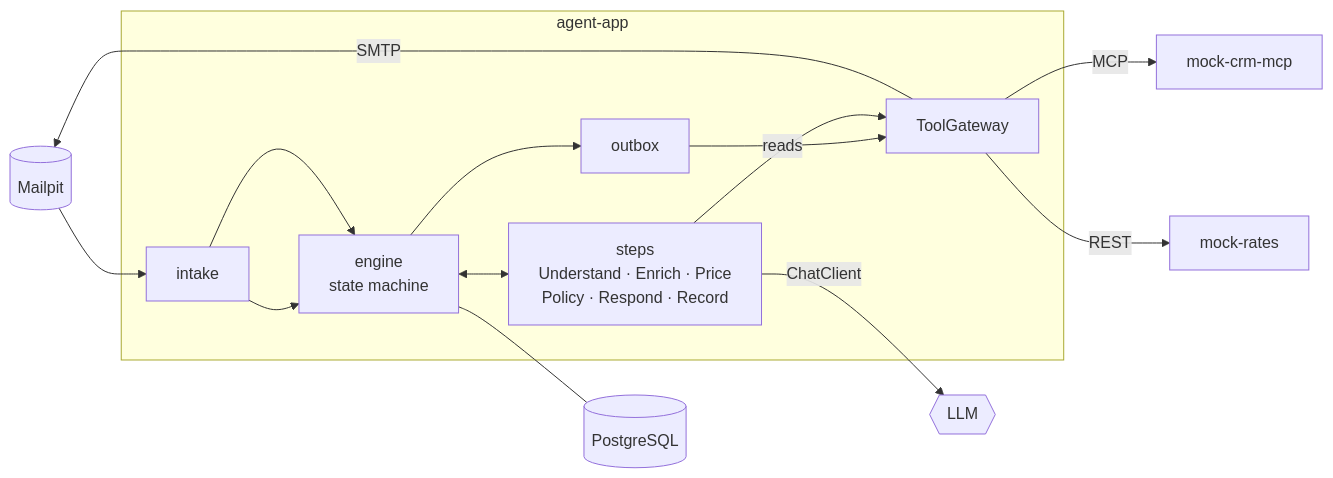
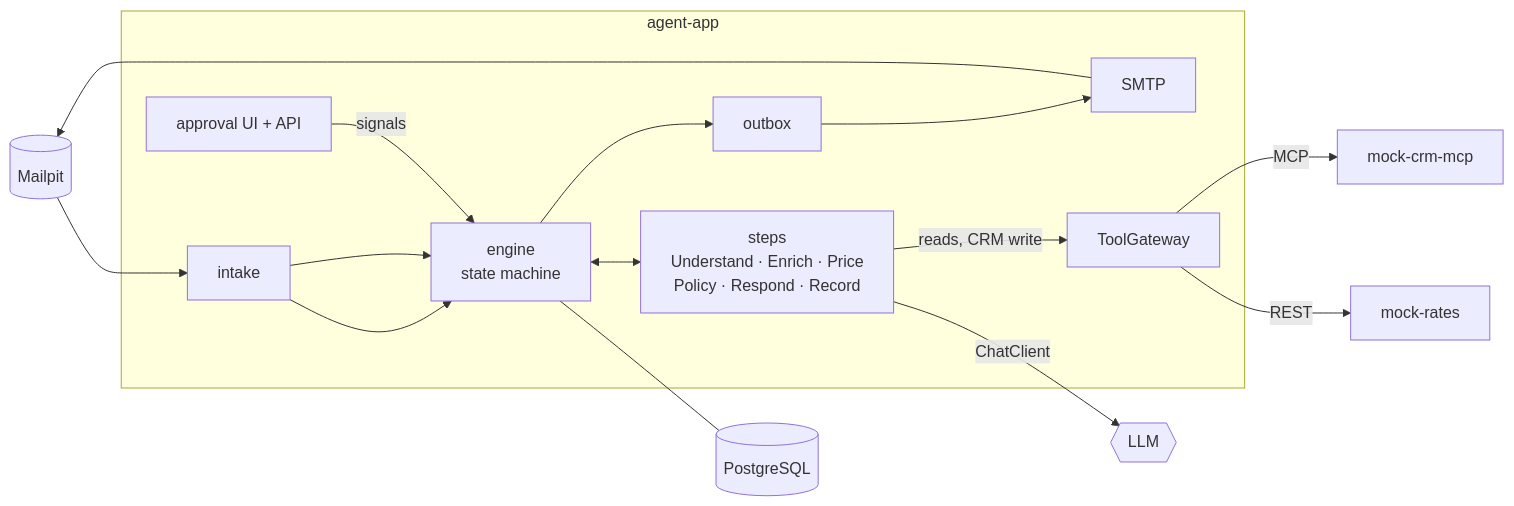
Before and after one commit to AlexGorbatov/ai-workflow-agent: the diagram in README.md, drawn with Mermaid. The commit also changed other lines of this file and 29 other files, not shown here.

````diff
--- a/README.md
+++ b/README.md
@@ -37,15 +70,16 @@
 ```mermaid
 flowchart LR
     mail[(Mailpit)] --> intake --> engine
     subgraph agent-app
         intake --> engine[engine<br/>state machine]
         engine <--> steps[steps<br/>Understand · Enrich · Price<br/>Policy · Respond · Record]
-        engine --> outbox --> gateway[ToolGateway]
-        steps -- reads --> gateway
+        engine --> outbox --> smtp[SMTP]
+        steps -- reads, CRM write --> gateway[ToolGateway]
+        approvals[approval UI + API] -- signals --> engine
     end
     steps -- ChatClient --> llm{{LLM}}
     gateway -- MCP --> crm[mock-crm-mcp]
     gateway -- REST --> rates[mock-rates]
-    gateway -- SMTP --> mail
+    smtp --> mail
     engine --- pg[(PostgreSQL)]
 ```
````
